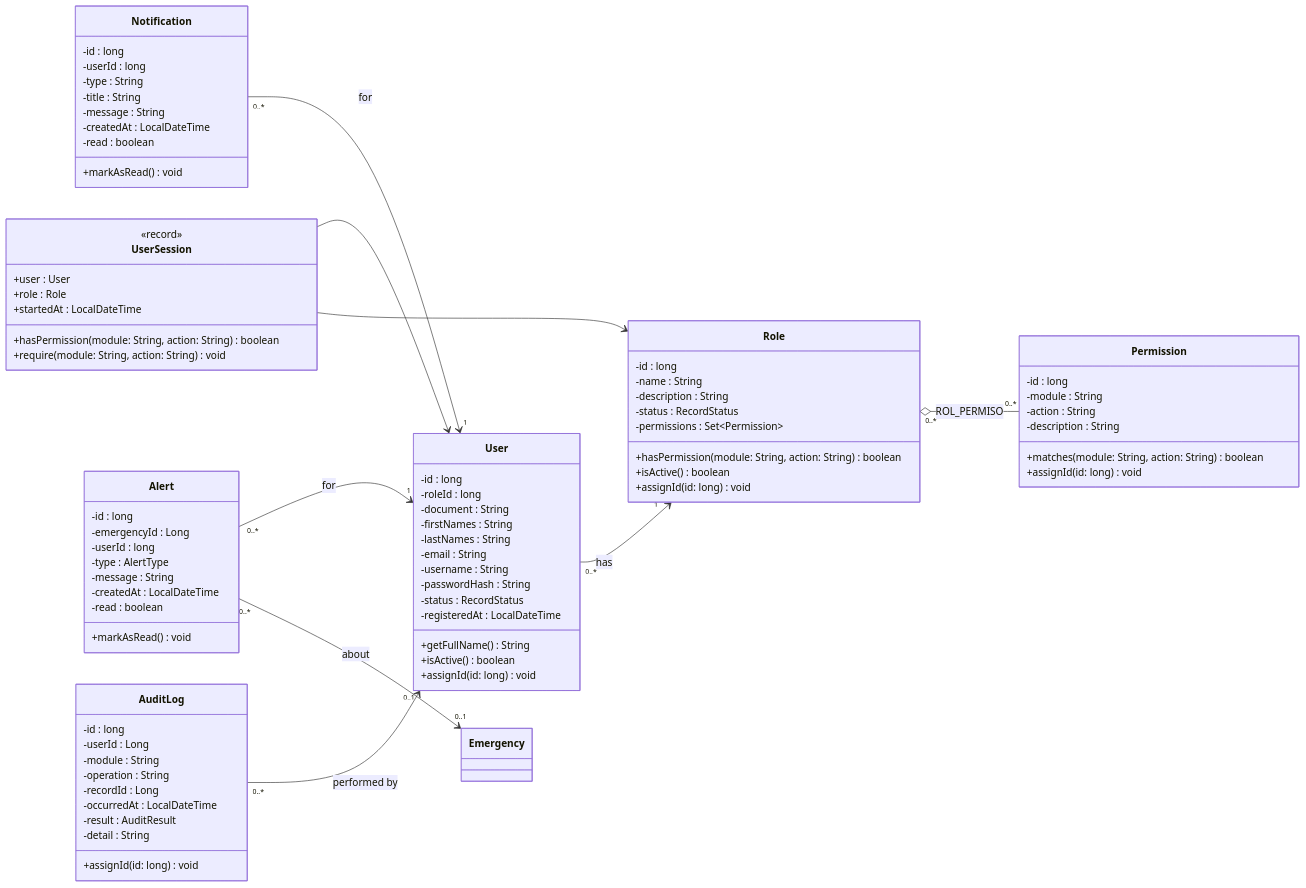
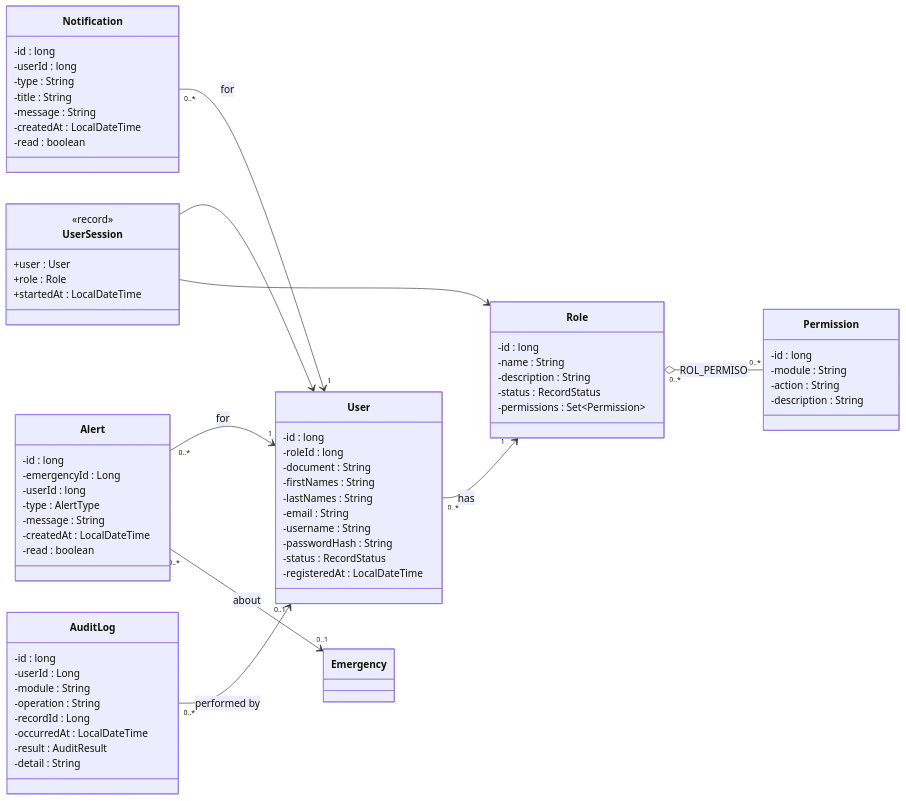
Before and after one commit to afzabaleta/RutaVida: the third of 23 diagrams in docs/class-diagram.md, drawn with Mermaid. The commit also changed other lines of this file and 12 other files, not shown here.

```diff
--- a/docs/class-diagram.md
+++ b/docs/class-diagram.md
@@ -127,8 +115,6 @@
         +user : User
         +role : Role
         +startedAt : LocalDateTime
-        +hasPermission(module: String, action: String) boolean
-        +require(module: String, action: String) void
     }
     class Role {
         -id : long
@@ -136,17 +122,12 @@
         -description : String
         -status : RecordStatus
         -permissions : Set~Permission~
-        +hasPermission(module: String, action: String) boolean
-        +isActive() boolean
-        +assignId(id: long) void
     }
     class Permission {
         -id : long
         -module : String
         -action : String
         -description : String
-        +matches(module: String, action: String) boolean
-        +assignId(id: long) void
     }
     class User {
         -id : long
@@ -159,9 +140,6 @@
         -passwordHash : String
         -status : RecordStatus
         -registeredAt : LocalDateTime
-        +getFullName() String
-        +isActive() boolean
-        +assignId(id: long) void
     }
     class Alert {
         -id : long
@@ -171,7 +149,6 @@
         -message : String
         -createdAt : LocalDateTime
         -read : boolean
-        +markAsRead() void
     }
     class Notification {
         -id : long
@@ -181,7 +158,6 @@
         -message : String
         -createdAt : LocalDateTime
         -read : boolean
-        +markAsRead() void
     }
     class AuditLog {
         -id : long
@@ -192,7 +168,6 @@
         -occurredAt : LocalDateTime
         -result : AuditResult
         -detail : String
-        +assignId(id: long) void
     }
     class Emergency
 
```
